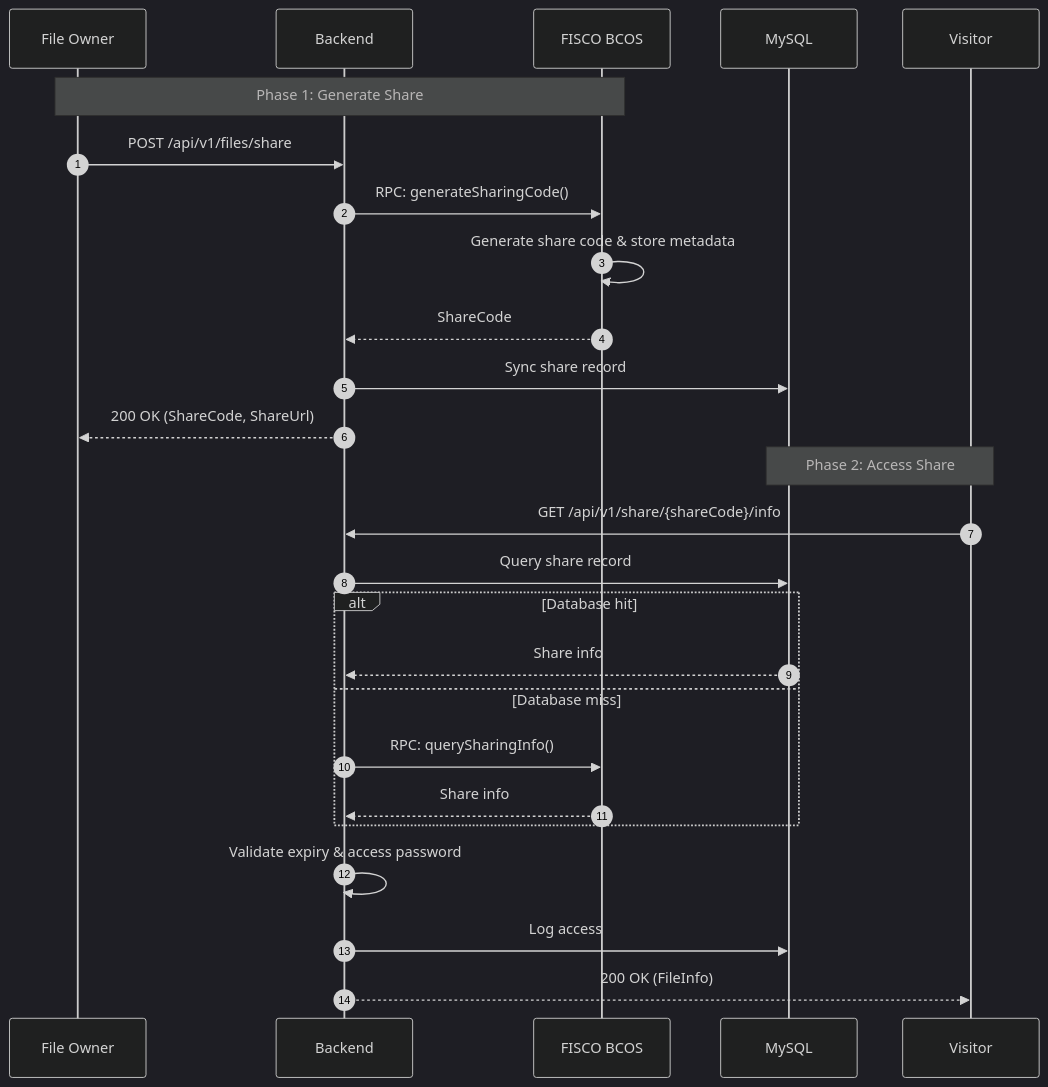
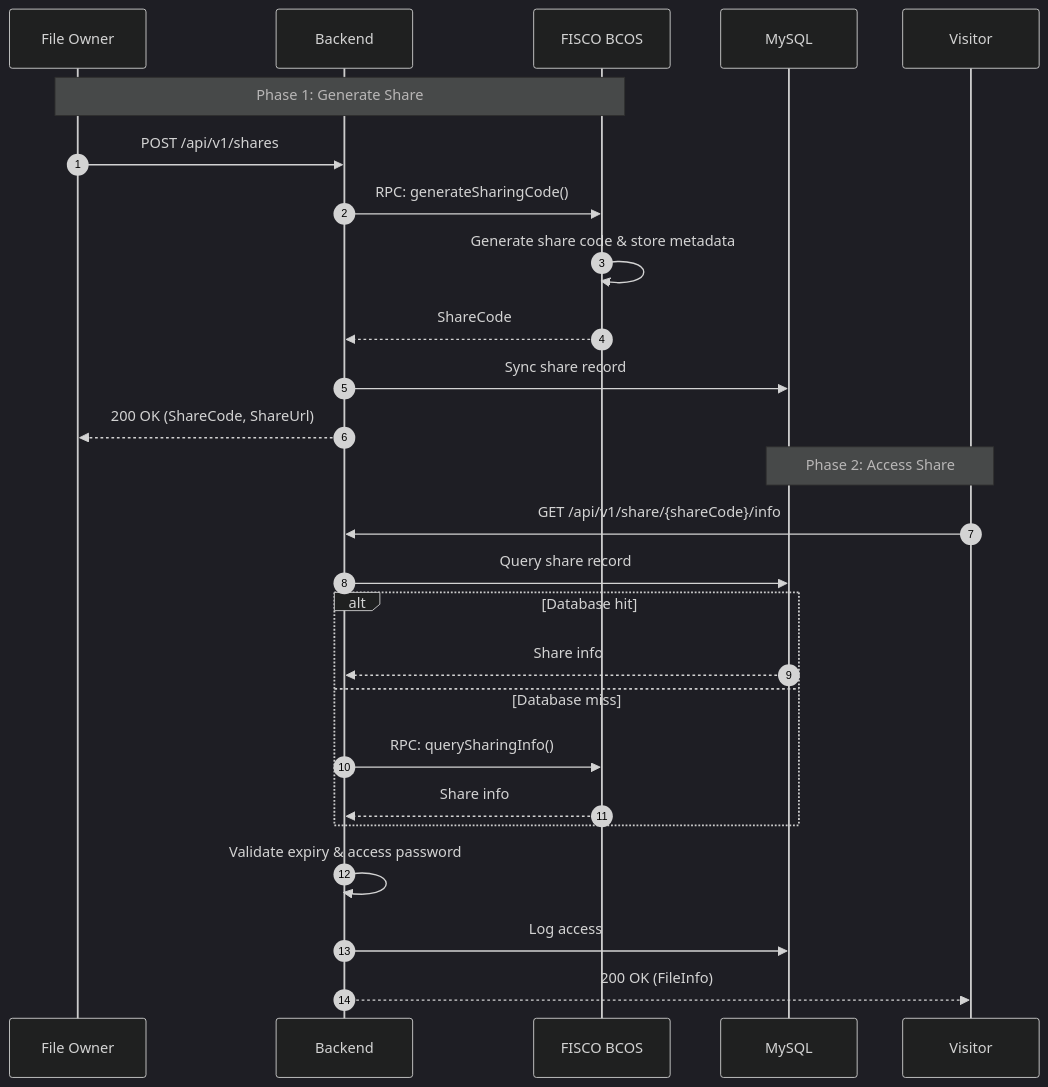
Before and after one commit to SoarCollab/RecordPlatform: the fourth of 9 diagrams in docs/en/architecture/system-overview.md, drawn with Mermaid (dark theme). The commit also changed other lines of this file and 23 other files, not shown here.

````diff
--- a/docs/en/architecture/system-overview.md
+++ b/docs/en/architecture/system-overview.md
@@ -179,31 +179,31 @@
 ```mermaid
 sequenceDiagram
     autonumber
 
     participant Owner as File Owner
     participant Backend
     participant Chain as FISCO BCOS
     participant DB as MySQL
     participant Visitor
 
     Note over Owner, Chain: Phase 1: Generate Share
-    Owner->>Backend: POST /api/v1/files/share
+    Owner->>Backend: POST /api/v1/shares
     Backend->>Chain: RPC: generateSharingCode()
     Chain->>Chain: Generate share code & store metadata
     Chain-->>Backend: ShareCode
     Backend->>DB: Sync share record
     Backend-->>Owner: 200 OK (ShareCode, ShareUrl)
 
     Note over Visitor, DB: Phase 2: Access Share
     Visitor->>Backend: GET /api/v1/share/{shareCode}/info
     Backend->>DB: Query share record
     alt Database hit
         DB-->>Backend: Share info
     else Database miss
         Backend->>Chain: RPC: querySharingInfo()
         Chain-->>Backend: Share info
     end
     Backend->>Backend: Validate expiry & access password
     Backend->>DB: Log access
     Backend-->>Visitor: 200 OK (FileInfo)
 ```
````
